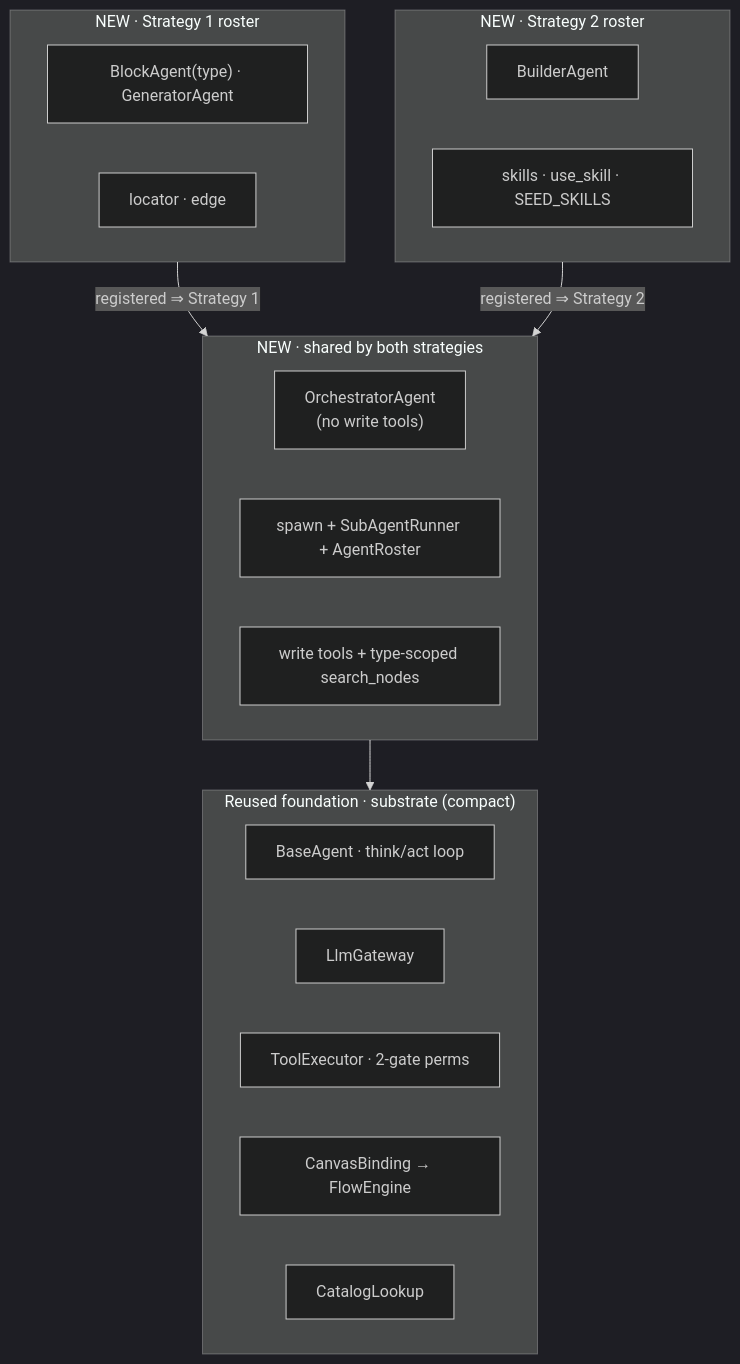
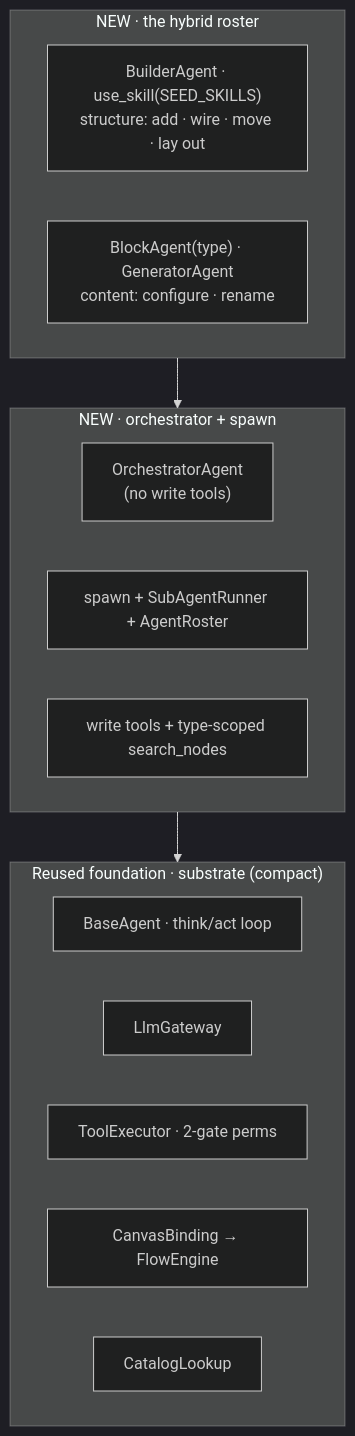
One commit to lemoncloud-io/eureka-flow changed the fourth of 4 diagrams in docs/browser-agent/design/harness-spec.md. Above: the diagram before and after it, drawn with Mermaid (dark theme). The commit also changed other lines of this file and 55 other files, not shown here.

````diff
--- a/docs/browser-agent/design/harness-spec.md
+++ b/docs/browser-agent/design/harness-spec.md
@@ -356,30 +352,24 @@
 ```mermaid
 flowchart TB
     subgraph reused["Reused foundation · substrate (compact)"]
         direction LR
         BASE["BaseAgent · think/act loop"]
         GW["LlmGateway"]
         EX["ToolExecutor · 2-gate perms"]
         CB["CanvasBinding → FlowEngine"]
         CAT["CatalogLookup"]
     end
-    subgraph shared["NEW · shared by both strategies"]
+    subgraph shared["NEW · orchestrator + spawn"]
         direction LR
         ORCH["OrchestratorAgent<br/>(no write tools)"]
         SPAWN["spawn + SubAgentRunner + AgentRoster"]
         WT["write tools + type-scoped search_nodes"]
     end
-    subgraph s1["NEW · Strategy 1 roster"]
+    subgraph roster["NEW · the hybrid roster"]
         direction LR
-        BLK["BlockAgent(type) · GeneratorAgent"]
-        OPS["locator · edge"]
-    end
-    subgraph s2["NEW · Strategy 2 roster"]
-        direction LR
-        BLD["BuilderAgent"]
-        SK["skills · use_skill · SEED_SKILLS"]
+        BLD["BuilderAgent · use_skill(SEED_SKILLS)<br/>structure: add · wire · move · lay out"]
+        BLK["BlockAgent(type) · GeneratorAgent<br/>content: configure · rename"]
     end
     shared --> reused
-    s1 -->|"registered ⇒ Strategy 1"| shared
-    s2 -->|"registered ⇒ Strategy 2"| shared
+    roster --> shared
 ```
````
